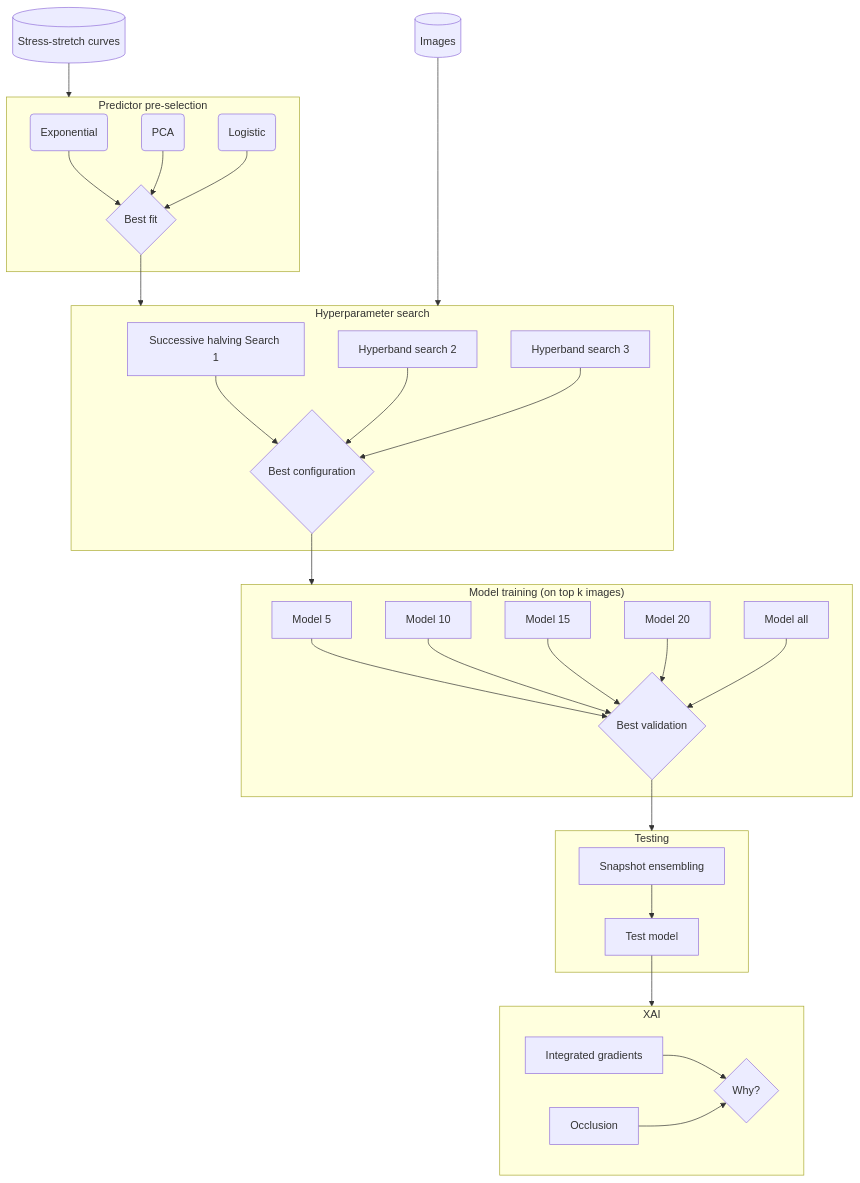
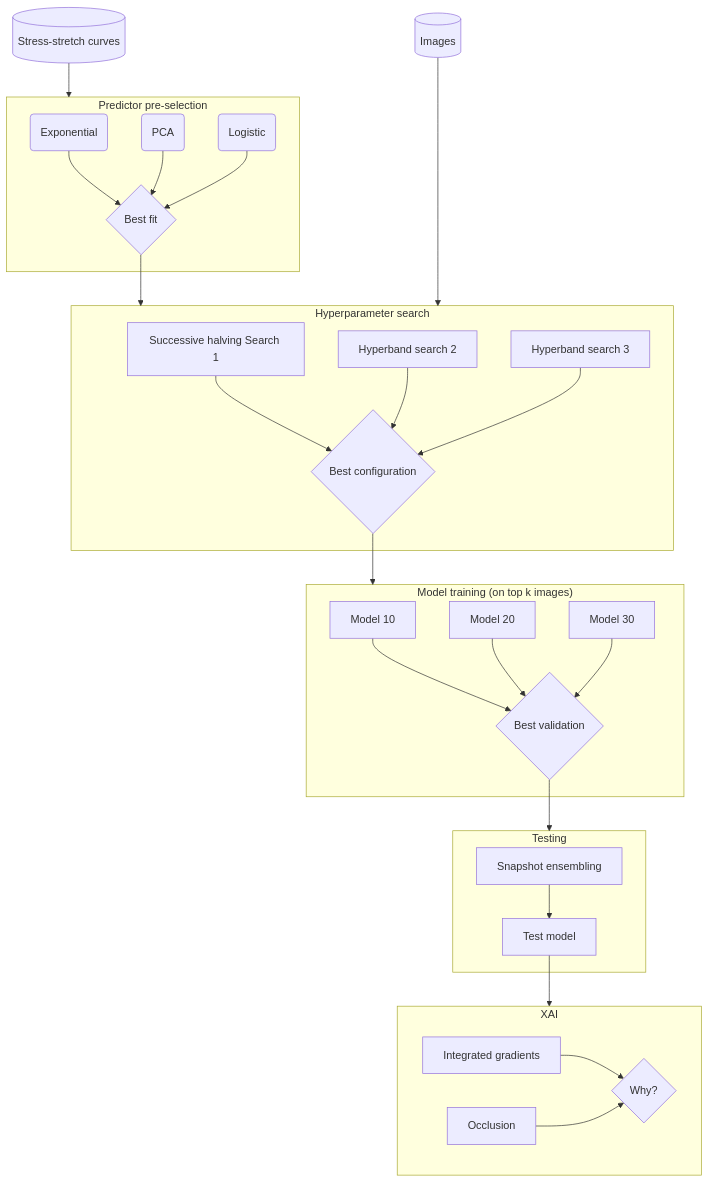
One commit to siemdejong/mscthesis changed the diagram in mermaid/skin_analysis.mmd. Above: the diagram before and after it, drawn with Mermaid. The commit also changed 35 other files, not shown here.

```diff
--- a/mermaid/skin_analysis.mmd
+++ b/mermaid/skin_analysis.mmd
@@ -1,57 +1,57 @@
 %%{init: {'theme':'default', flowchart: {'htmlLabels': false}}}%%
 
 flowchart TB
     %% nodes
 
     curves[(Stress-stretch curves)]
 
     subgraph predictor_pre_selection[Predictor pre-selection]
         exp(Exponential)
         pca(PCA)
         logistic(Logistic)
         best_fit{Best fit}
     end
 
 
     images[(Images)]
 
     subgraph hparam_search[Hyperparameter search]
         study1["Successive halving Search 1"]
         study2["Hyperband search 2"]
         study3["Hyperband search 3"]
         best_config{Best configuration}
     end
 
     subgraph training["Model training (on top k images)"]
-        train5[Model 5]
+        %% train5[Model 5]
         train10[Model 10]
-        train15[Model 15]
+        %% train15[Model 15]
         train20[Model 20]
-        trainall[Model all]
+        train30[Model 30]
         best_val{Best validation}
     end
 
     subgraph testing[Testing]
         ensemble[Snapshot ensembling]
         test[Test model]
     end
 
     subgraph xai[XAI]
         ig[Integrated gradients]
         occ[Occlusion]
         why{Why?}
     end
 
     %% Connections
 
     curves --> predictor_pre_selection
     exp & pca & logistic --> best_fit
     best_fit --> hparam_search
     images ----> hparam_search
     study1 & study2 & study3 --> best_config
     best_config --> training
-    train5 & train10 & train15 & train20 & trainall --> best_val
+    train10 & train20 & train30 --> best_val
     best_val --> testing
     ensemble --> test
     test --> xai
     ig & occ --> why
```
